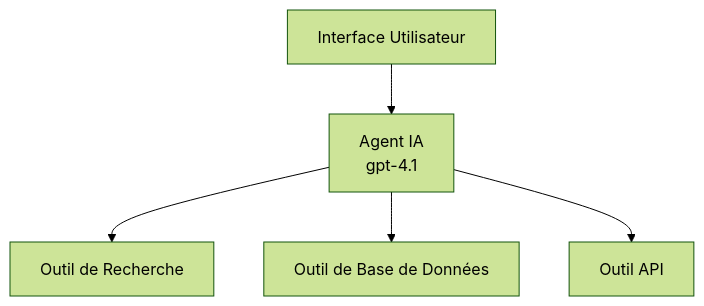
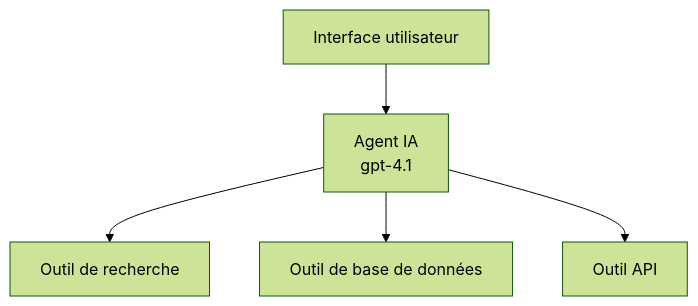
The first of 3 diagrams in translations/fr/docs/chapter-02-ai-development/agents.md (microsoft/AZD-for-beginners), drawn with Mermaid (forest theme) before and after one commit. The commit also changed other lines of this file and 61 other files, not shown here.

````diff
--- a/translations/fr/docs/chapter-02-ai-development/agents.md
+++ b/translations/fr/docs/chapter-02-ai-development/agents.md
@@ -162,7 +162,7 @@
 ```mermaid
 graph TD
-    UI[Interface Utilisateur] --> Agent[Agent IA<br/>gpt-4.1]
-    Agent --> Search[Outil de Recherche]
-    Agent --> Database[Outil de Base de Données]
+    UI[Interface utilisateur] --> Agent[Agent IA<br/>gpt-4.1]
+    Agent --> Search[Outil de recherche]
+    Agent --> Database[Outil de base de données]
     Agent --> API[Outil API]
 ```
````
